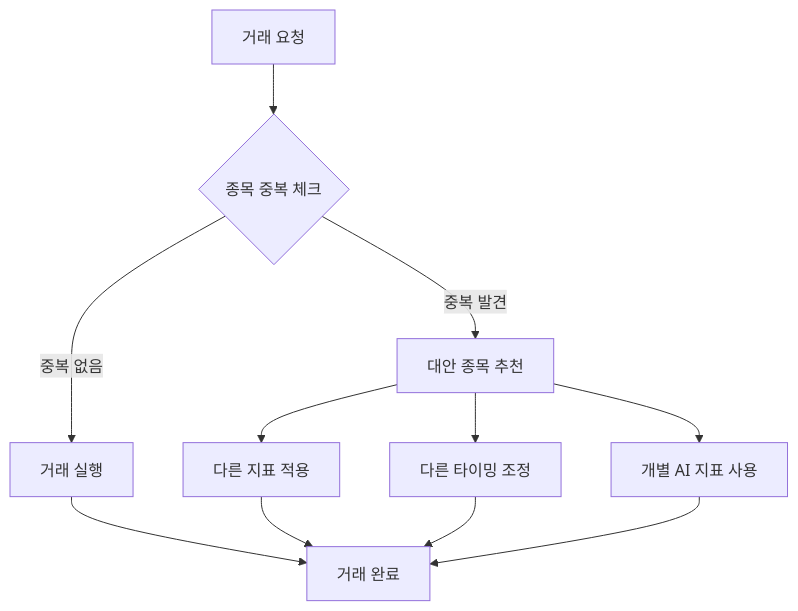
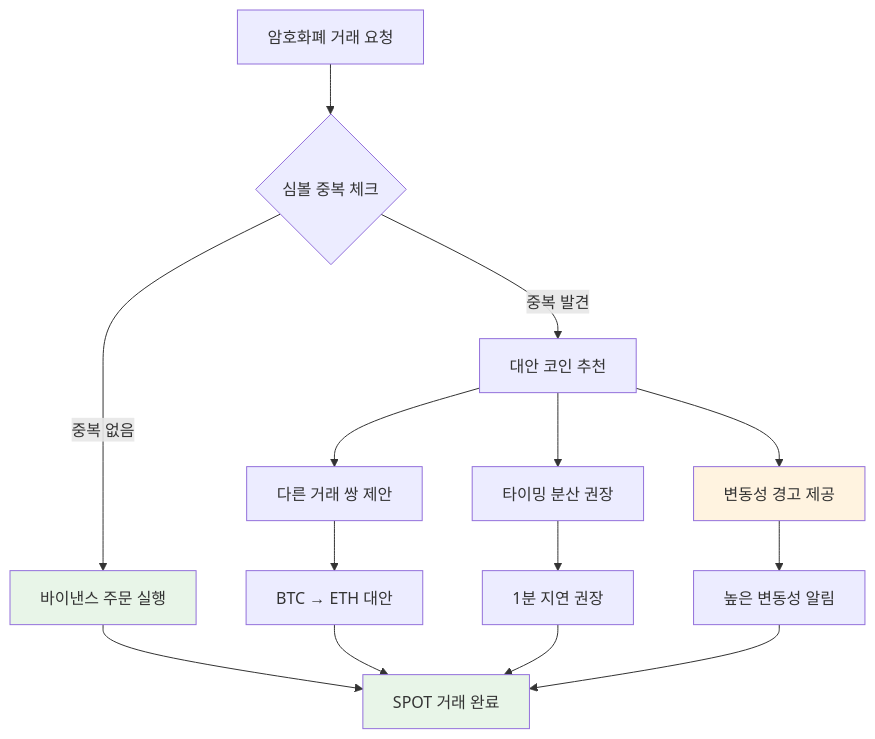
The third of 3 diagrams in docs/planning/PROJECT_MANAGEMENT_REPORT.md (bzjay53/christmas), drawn with Mermaid before and after one commit. The commit also changed other lines of this file and 6 other files, not shown here.

````diff
--- a/docs/planning/PROJECT_MANAGEMENT_REPORT.md
+++ b/docs/planning/PROJECT_MANAGEMENT_REPORT.md
@@ -85,14 +89,22 @@
 ```mermaid
 flowchart TD
-    A[거래 요청] --> B{종목 중복 체크}
-    B -->|중복 없음| C[거래 실행]
-    B -->|중복 발견| D[대안 종목 추천]
-    D --> E[다른 지표 적용]
-    D --> F[다른 타이밍 조정]
-    D --> G[개별 AI 지표 사용]
+    A[암호화폐 거래 요청] --> B{심볼 중복 체크}
+    B -->|중복 없음| C[바이낸스 주문 실행]
+    B -->|중복 발견| D[대안 코인 추천]
+    D --> E[다른 거래 쌍 제안]
+    D --> F[타이밍 분산 권장]
+    D --> G[변동성 경고 제공]
     
-    C --> H[거래 완료]
-    E --> H
-    F --> H
-    G --> H
+    C --> H[SPOT 거래 완료]
+    E --> I[BTC → ETH 대안]
+    F --> J[1분 지연 권장]
+    G --> K[높은 변동성 알림]
+    
+    I --> H
+    J --> H
+    K --> H
+    
+    style C fill:#e8f5e8
+    style H fill:#e8f5e8
+    style G fill:#fff3e0
 ```
````
